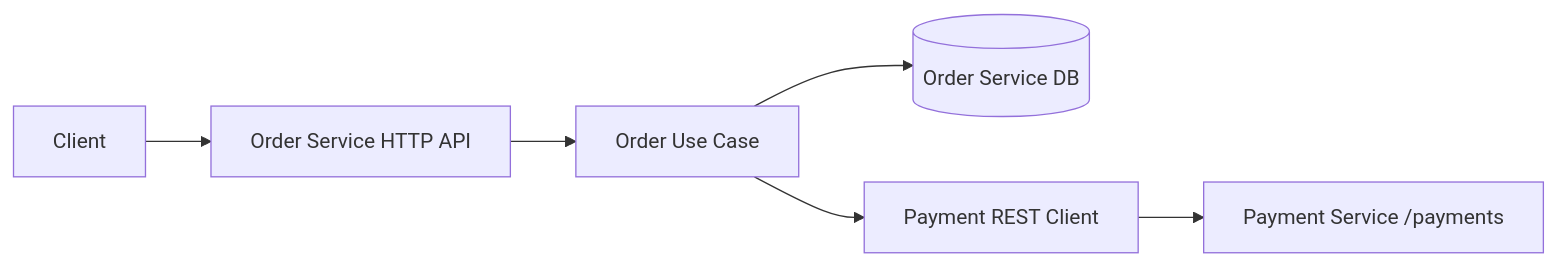
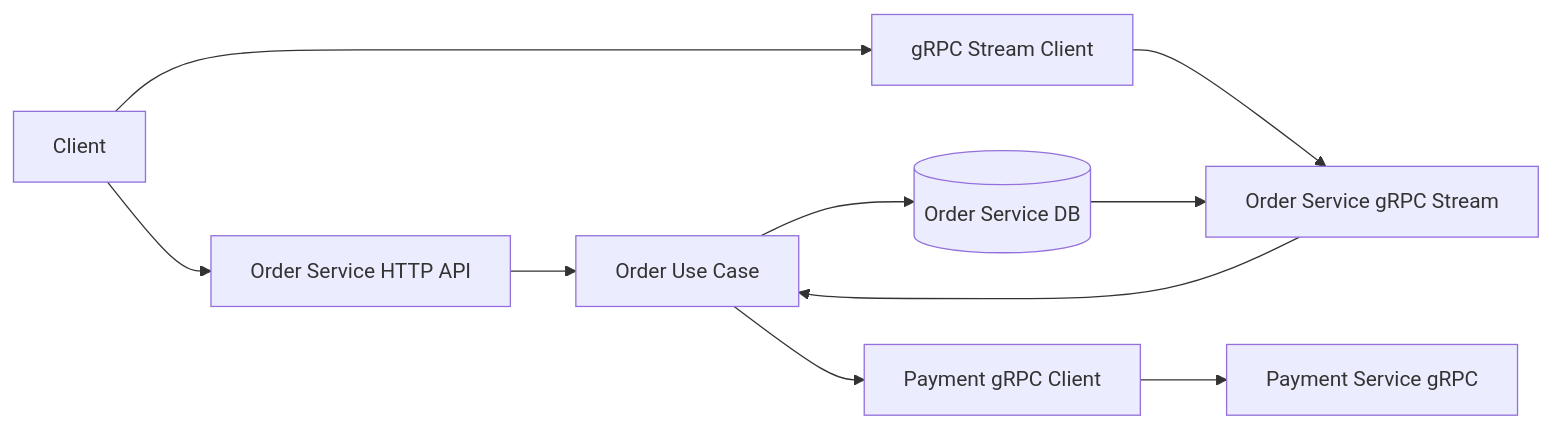
The diagram in README.md (ArsikIT/OrderService2), drawn with Mermaid before and after one commit. The commit also changed other lines of this file, not shown here.

````diff
--- a/README.md
+++ b/README.md
@@ -118,10 +144,12 @@
 ```mermaid
 flowchart LR
-    Client --> OrderAPI[Order Service HTTP API]
-    OrderAPI --> OrderUC[Order Use Case]
+    Client --> OrderHTTP[Order Service HTTP API]
+    Client --> OrderStreamClient[gRPC Stream Client]
+    OrderHTTP --> OrderUC[Order Use Case]
     OrderUC --> OrderRepo[(Order Service DB)]
-    OrderUC --> PaymentPort[Payment REST Client]
-    PaymentPort --> PaymentAPI[Payment Service /payments]
-    
-    
+    OrderUC --> PaymentPort[Payment gRPC Client]
+    PaymentPort --> PaymentGRPC[Payment Service gRPC]
+    OrderStreamClient --> OrderGRPC[Order Service gRPC Stream]
+    OrderGRPC --> OrderUC
+    OrderRepo --> OrderGRPC
 ```
````
